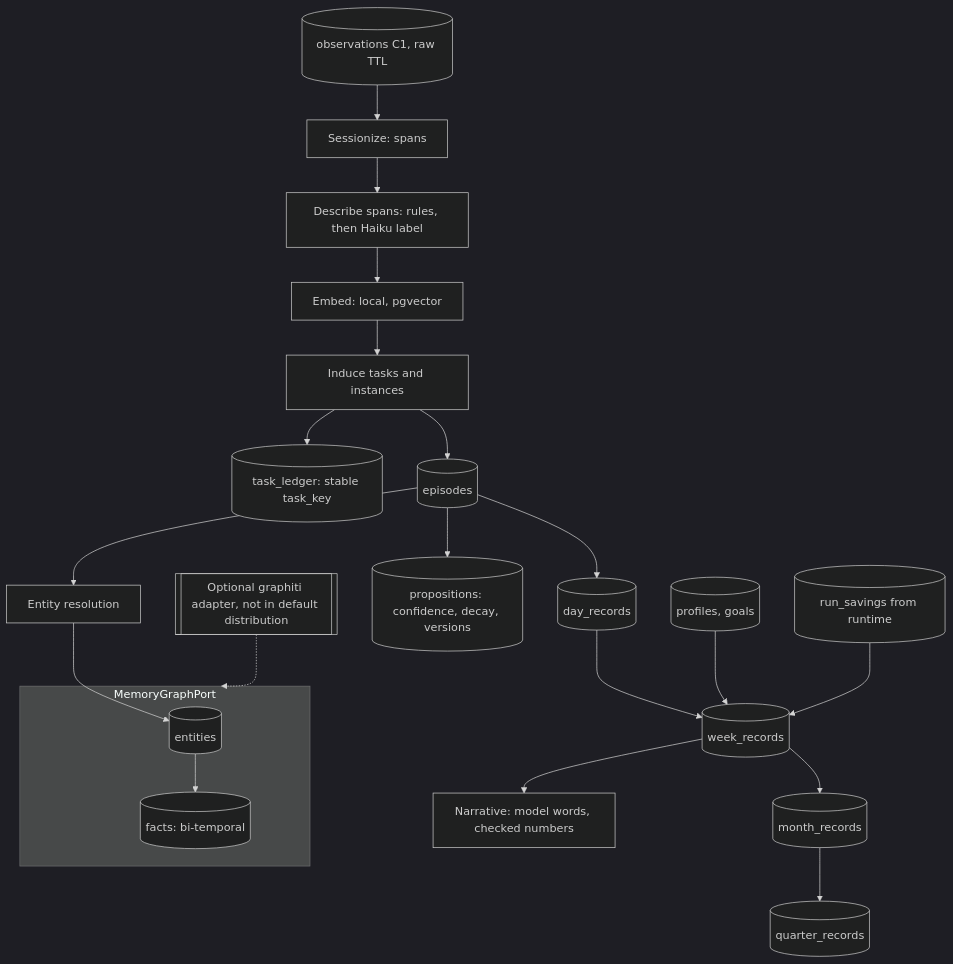
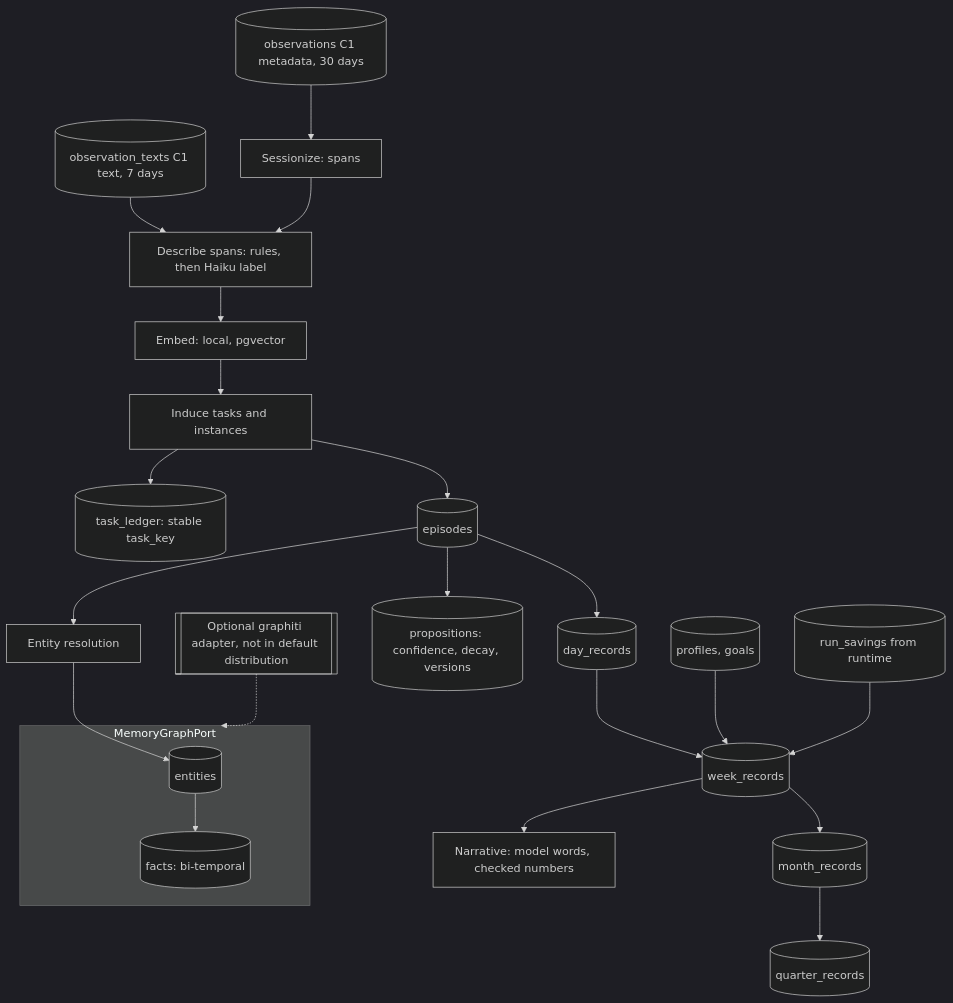
The sixth of 21 diagrams in docs/ARCHITECTURE.md (tabani-png/offload-v2), drawn with Mermaid (dark theme) before and after one commit. The commit also changed other lines of this file and 11 other files, not shown here.

Commit message:
docs: architecture, data model, API, roadmap, open questions OQ-23 to OQ-26, glossary, README, agent rules (Claude Code standing rule)

````diff
--- a/docs/ARCHITECTURE.md
+++ b/docs/ARCHITECTURE.md
@@ -214,21 +301,22 @@
 ```mermaid
 flowchart TB
-  OBS[(observations C1, raw TTL)] --> SES[Sessionize: spans]
+  OBS[(observations C1 metadata, 30 days)] --> SES[Sessionize: spans]
+  TXT[(observation_texts C1 text, 7 days)] --> DESC
   SES --> DESC[Describe spans: rules, then Haiku label]
   DESC --> EMB[Embed: local, pgvector]
   EMB --> IND[Induce tasks and instances]
   IND --> LED[(task_ledger: stable task_key)]
   IND --> EPI[(episodes)]
   EPI --> DAY[(day_records)]
   DAY --> WEEK[(week_records)] --> MON[(month_records)] --> QTR[(quarter_records)]
   EPI --> ER[Entity resolution] --> ENT[(entities)] --> FACT[(facts: bi-temporal)]
   EPI --> PROP[(propositions: confidence, decay, versions)]
   PROF[(profiles, goals)] --> WEEK
   MEAS[(run_savings from runtime)] --> WEEK
   WEEK --> NAR[Narrative: model words, checked numbers]
   subgraph port[MemoryGraphPort]
     ENT
     FACT
   end
   GRA[[Optional graphiti adapter, not in default distribution]] -.-> port
 ```
````
